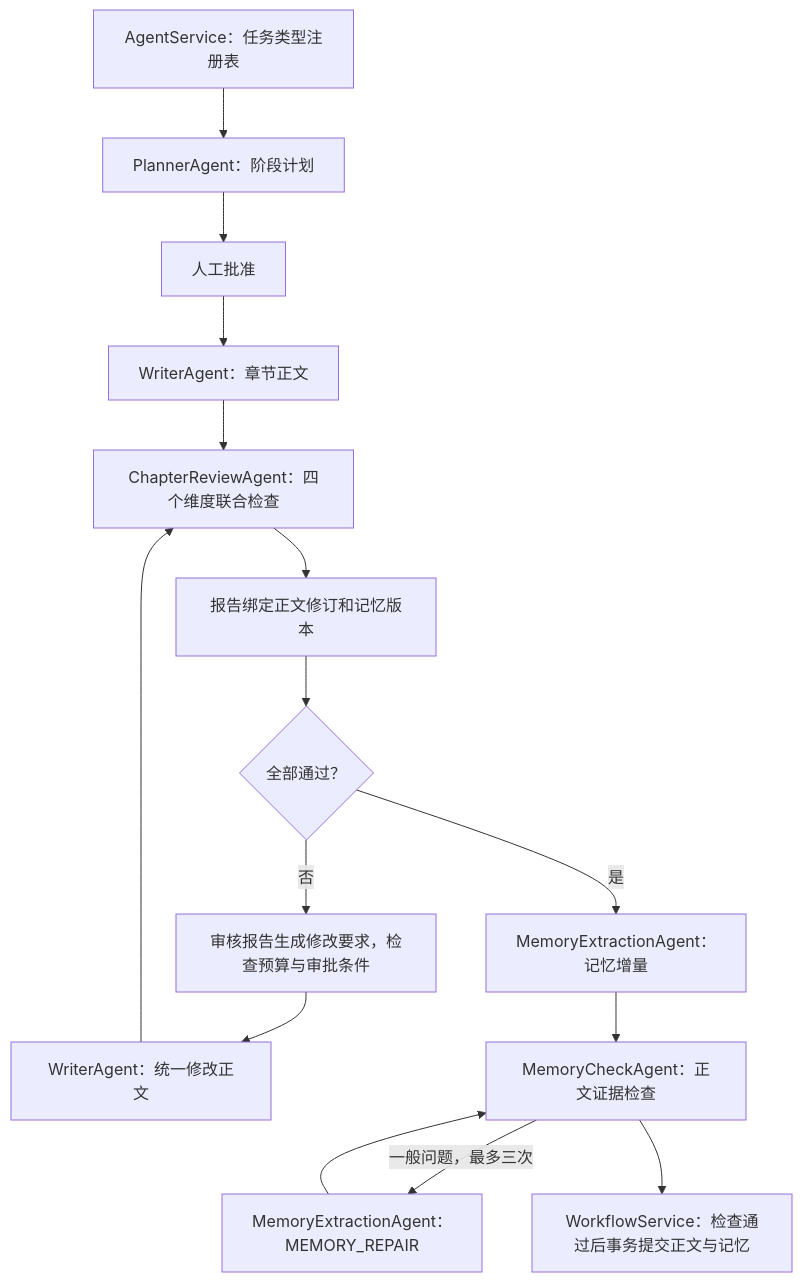
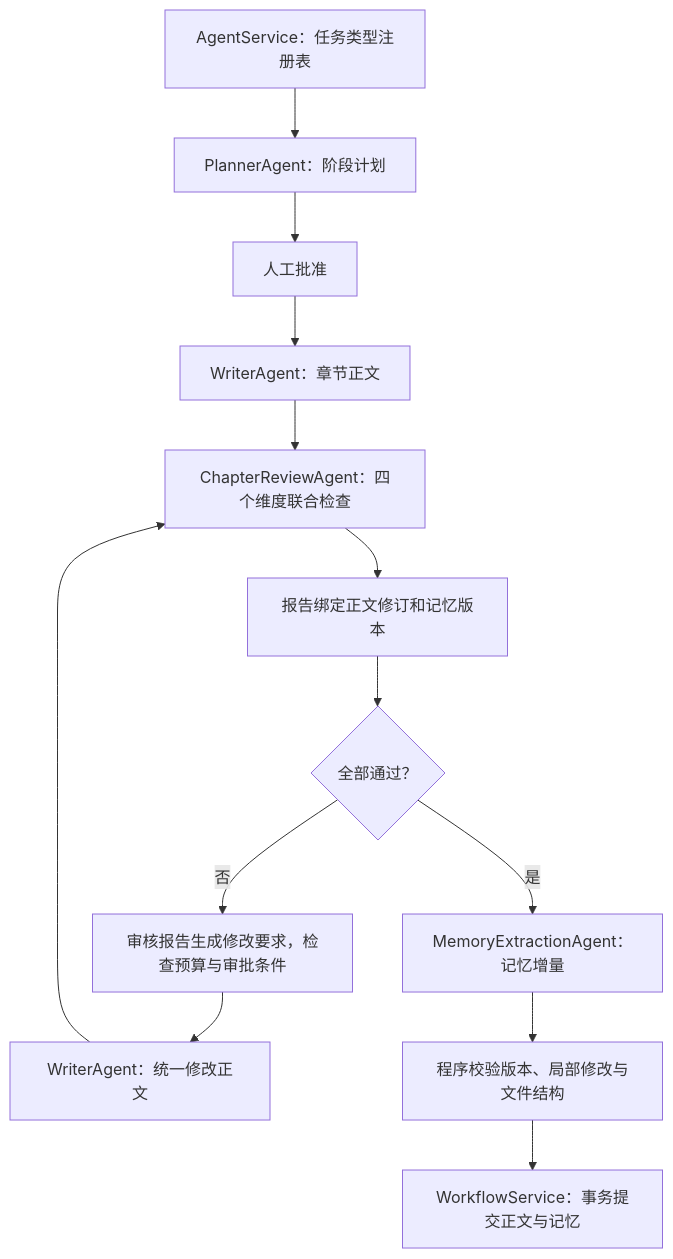
Before and after one commit to ccii1/novel-agent: the seventh of 11 diagrams in README.md, drawn with Mermaid. The commit also changed other lines of this file and 29 other files, not shown here.

````diff
--- a/README.md
+++ b/README.md
@@ -268,17 +263,15 @@
 ```mermaid
 flowchart TD
     Registry["AgentService：任务类型注册表"] --> Planner["PlannerAgent：阶段计划"]
     Planner --> Approval["人工批准"]
     Approval --> Writer["WriterAgent：章节正文"]
     Writer --> Joint["ChapterReviewAgent：四个维度联合检查"]
     Joint --> Reports["报告绑定正文修订和记忆版本"]
     Reports --> Decision{"全部通过？"}
     Decision -->|否| Gate["审核报告生成修改要求，检查预算与审批条件"]
     Gate --> Rewrite["WriterAgent：统一修改正文"]
     Rewrite --> Joint
     Decision -->|是| Extract["MemoryExtractionAgent：记忆增量"]
-    Extract --> MemoryCheck["MemoryCheckAgent：正文证据检查"]
-    MemoryCheck -->|一般问题，最多三次| Repair["MemoryExtractionAgent：MEMORY_REPAIR"]
-    Repair --> MemoryCheck
-    MemoryCheck --> Commit["WorkflowService：检查通过后事务提交正文与记忆"]
+    Extract --> Validate["程序校验版本、局部修改与文件结构"]
+    Validate --> Commit["WorkflowService：事务提交正文与记忆"]
 ```
````
